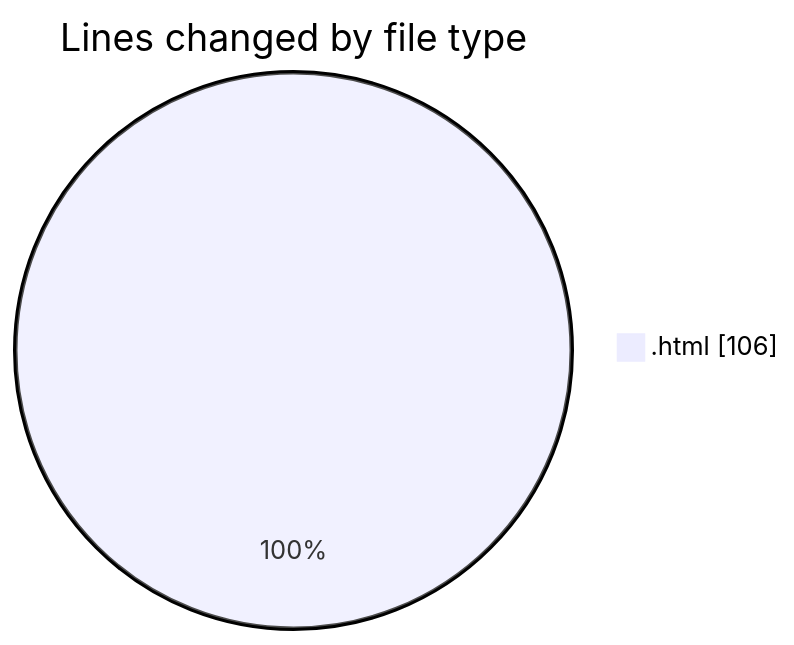
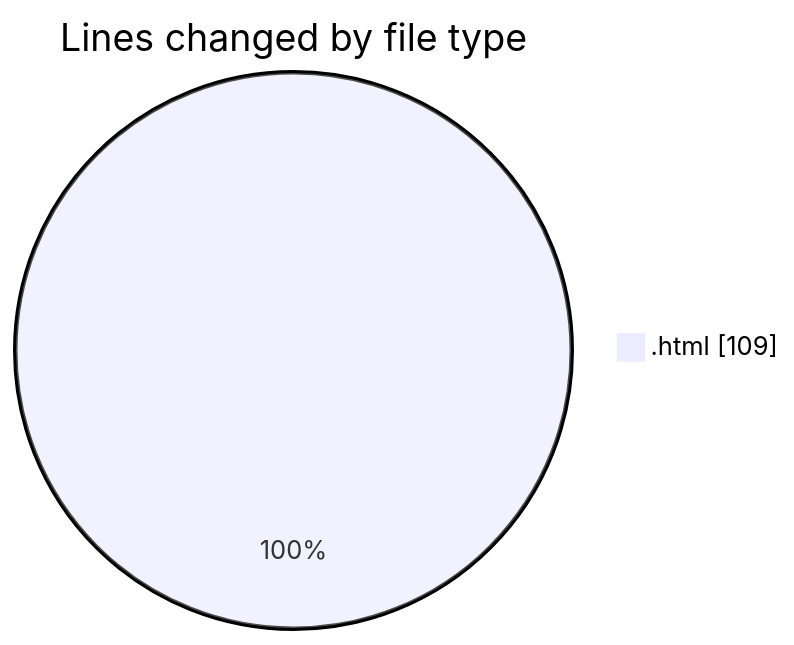
One commit to hasnaa123/code-tracking changed the first of 2 diagrams in 2025-12-23/technologie_web/README.md. Above: the diagram before and after it, drawn with Mermaid. The commit also changed other lines of this file and 1 other file, not shown here.

````diff
--- a/2025-12-23/technologie_web/README.md
+++ b/2025-12-23/technologie_web/README.md
@@ -20,5 +20,5 @@
 ```mermaid
 pie showData
 title Lines changed by file type
-".html" : 106
+".html" : 109
 ```
````
